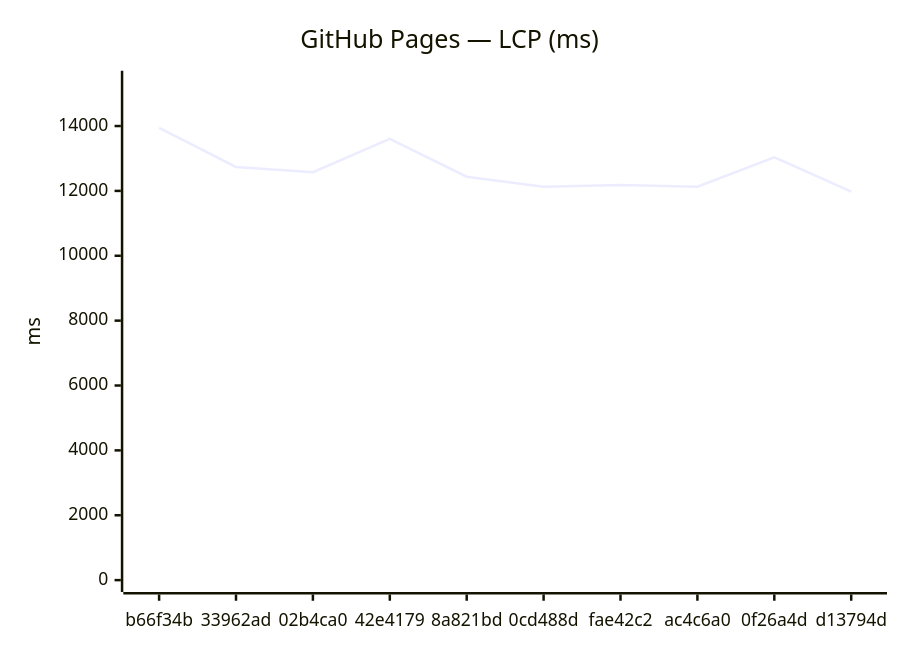
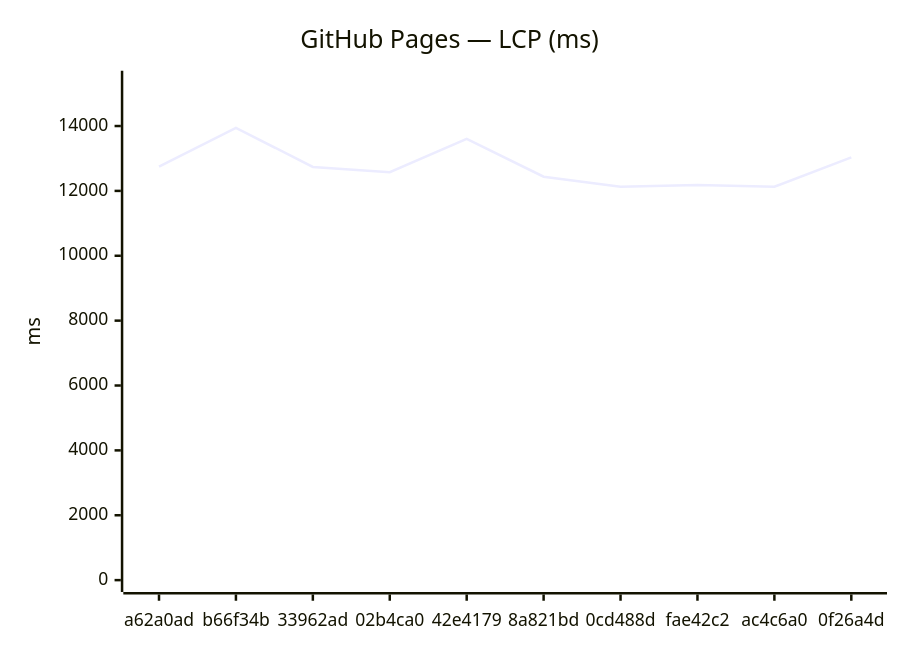
One commit to Metaheurist/Rianell changed the third of 18 diagrams in benchmarks/compare.md. Above: the diagram before and after it, drawn with Mermaid. The commit also changed other lines of this file and 11 other files, not shown here.

````diff
--- a/benchmarks/compare.md
+++ b/benchmarks/compare.md
@@ -54,7 +54,7 @@
 ```mermaid
 xychart-beta
     title "GitHub Pages — LCP (ms)"
-    x-axis ["b66f34b", "33962ad", "02b4ca0", "42e4179", "8a821bd", "0cd488d", "fae42c2", "ac4c6a0", "0f26a4d", "d13794d"]
+    x-axis ["a62a0ad", "b66f34b", "33962ad", "02b4ca0", "42e4179", "8a821bd", "0cd488d", "fae42c2", "ac4c6a0", "0f26a4d"]
     y-axis "ms" 0 --> 15338
-    line [13943, 12738, 12578, 13605, 12438, 12126, 12180, 12127, 13036, 11979]
+    line [12749, 13943, 12738, 12578, 13605, 12438, 12126, 12180, 12127, 13036]
 ```
````
